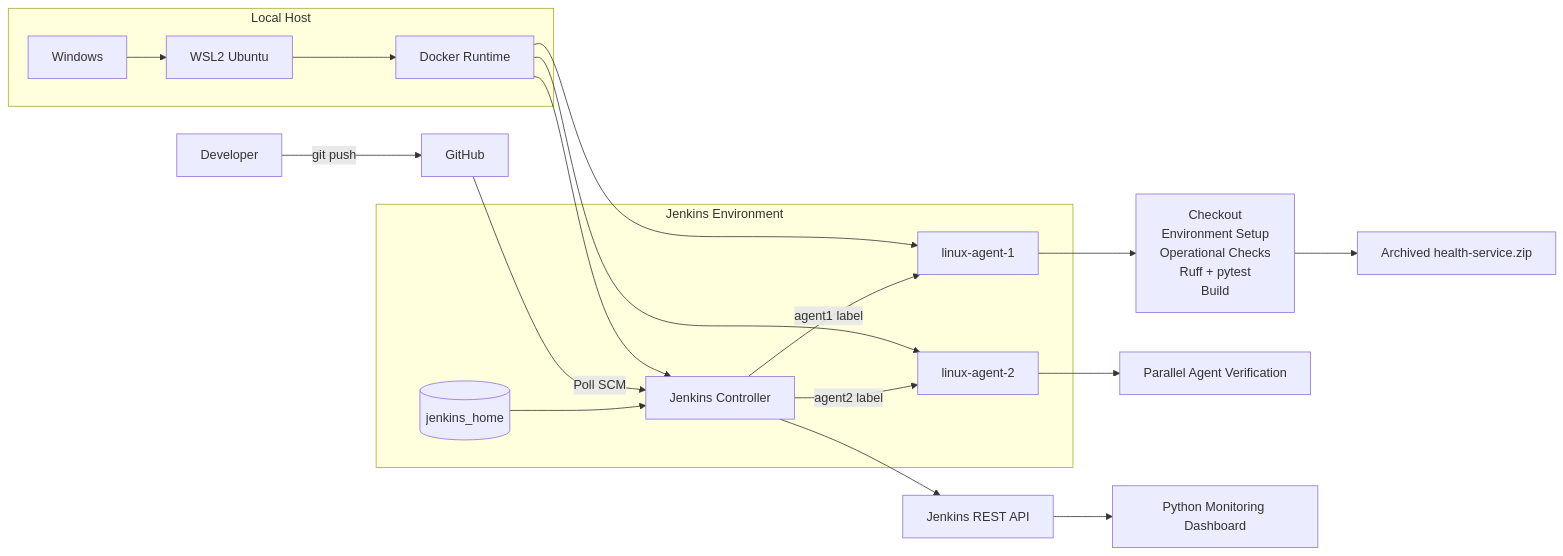
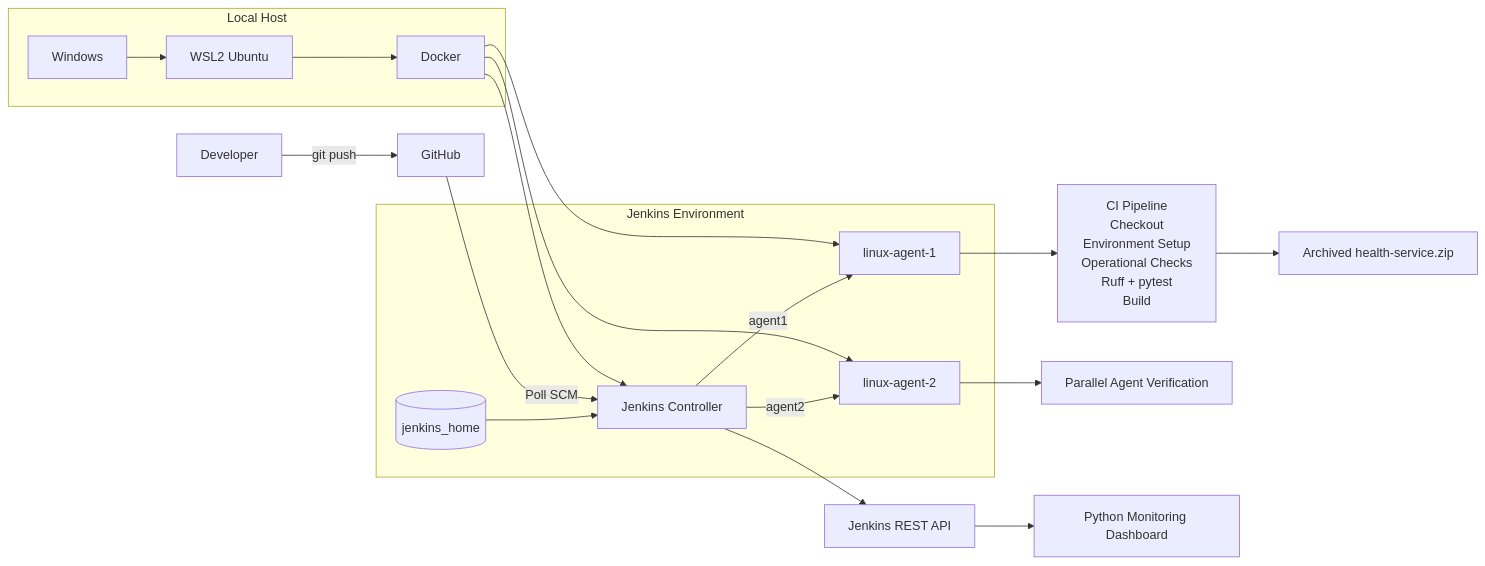
One commit to EmmaTsak/jenkins-ci-reliability-lab changed the diagram in README.md. Above: the diagram before and after it, drawn with Mermaid. The commit also changed other lines of this file and 8 other files, not shown here.

````diff
--- a/README.md
+++ b/README.md
@@ -51,43 +55,44 @@
 ```mermaid
 flowchart LR
     DEV[Developer] -->|git push| GH[GitHub]
 
     subgraph HOST["Local Host"]
         WIN[Windows]
         WSL[WSL2 Ubuntu]
-        DOCKER[Docker Runtime]
+        DOCKER[Docker]
 
         WIN --> WSL
         WSL --> DOCKER
     end
 
     subgraph JENKINS["Jenkins Environment"]
         CTRL[Jenkins Controller]
         A1[linux-agent-1]
         A2[linux-agent-2]
         VOL[(jenkins_home)]
 
         VOL --> CTRL
-        CTRL -->|agent1 label| A1
-        CTRL -->|agent2 label| A2
+        CTRL -->|agent1| A1
+        CTRL -->|agent2| A2
     end
 
     GH -->|Poll SCM| CTRL
 
     DOCKER --> CTRL
     DOCKER --> A1
     DOCKER --> A2
 
-    A1 --> CI["Checkout
+    A1 --> CI["CI Pipeline
+    Checkout
     Environment Setup
     Operational Checks
     Ruff + pytest
     Build"]
 
     A2 --> VERIFY[Parallel Agent Verification]
 
     CI --> ART[Archived health-service.zip]
 
     CTRL --> API[Jenkins REST API]
     API --> DASH[Python Monitoring Dashboard]
 ```
````
